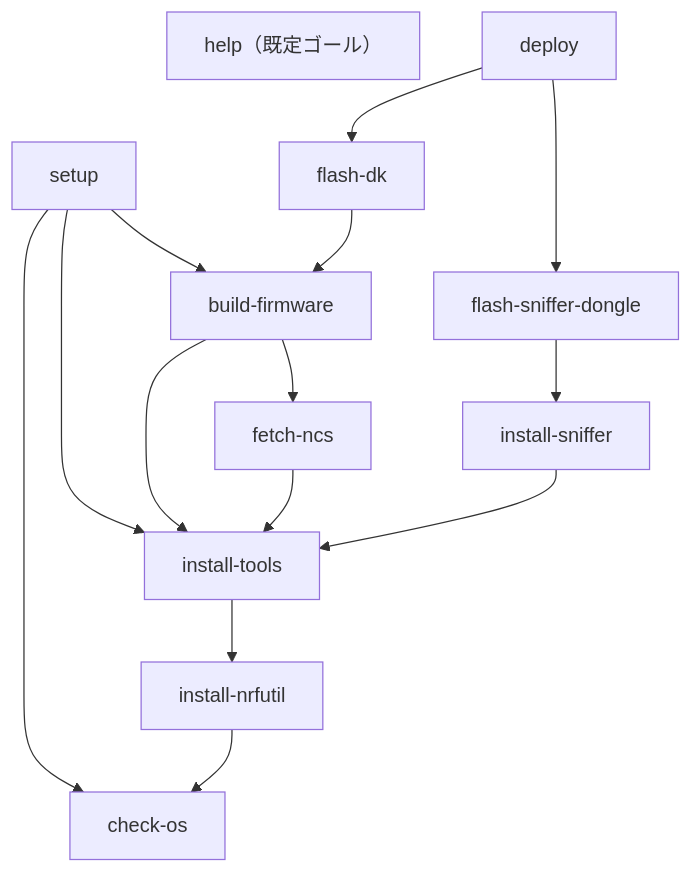
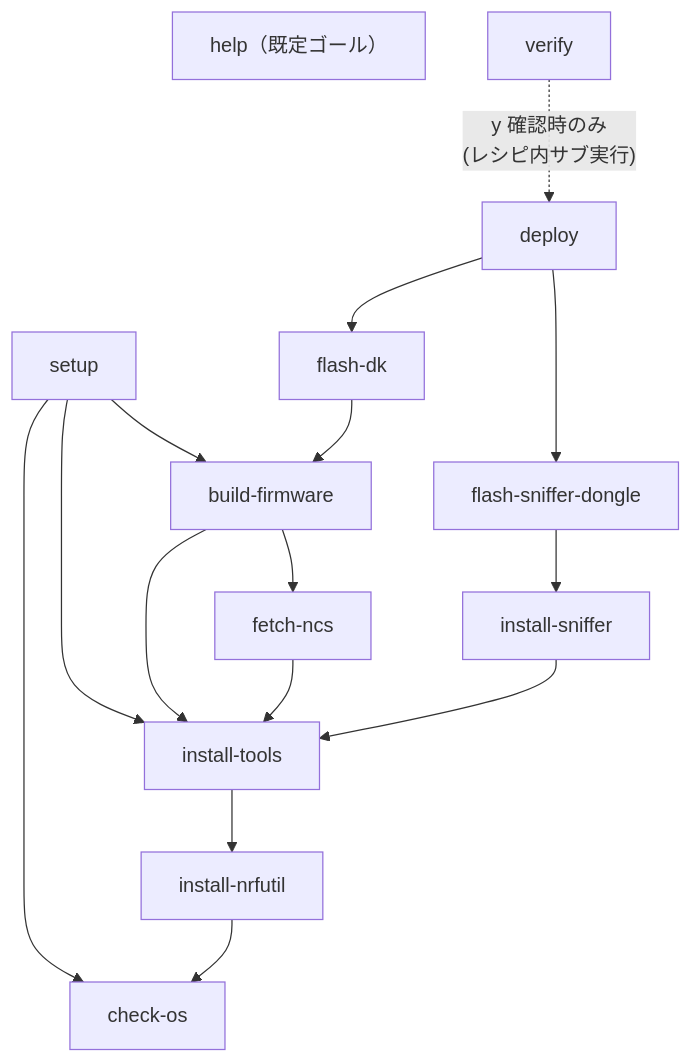
One commit to kokiTakashiki/CoreBluetoothDevelopmentBootstrap changed the diagram in docs/DESIGN-001.md. Above: the diagram before and after it, drawn with Mermaid. The commit also changed other lines of this file and 2 other files, not shown here.

First line of the commit message:
feat(verify): 確認付きフルフロー化（[y/N]→y で書き込み(deploy)→検査）

````diff
--- a/docs/DESIGN-001.md
+++ b/docs/DESIGN-001.md
@@ -83,17 +83,18 @@
 ```mermaid
 graph TD
     help["help（既定ゴール）"]
     setup --> check-os
     setup --> install-tools
     setup --> build-firmware
     deploy --> flash-dk
     deploy --> flash-sniffer-dongle
+    verify -. "y 確認時のみ\n(レシピ内サブ実行)" .-> deploy
     install-nrfutil --> check-os
     install-tools --> install-nrfutil
     install-sniffer --> install-tools
     fetch-ncs --> install-tools
     build-firmware --> install-tools
     build-firmware --> fetch-ncs
     flash-dk --> build-firmware
     flash-sniffer-dongle --> install-sniffer
 ```
````
